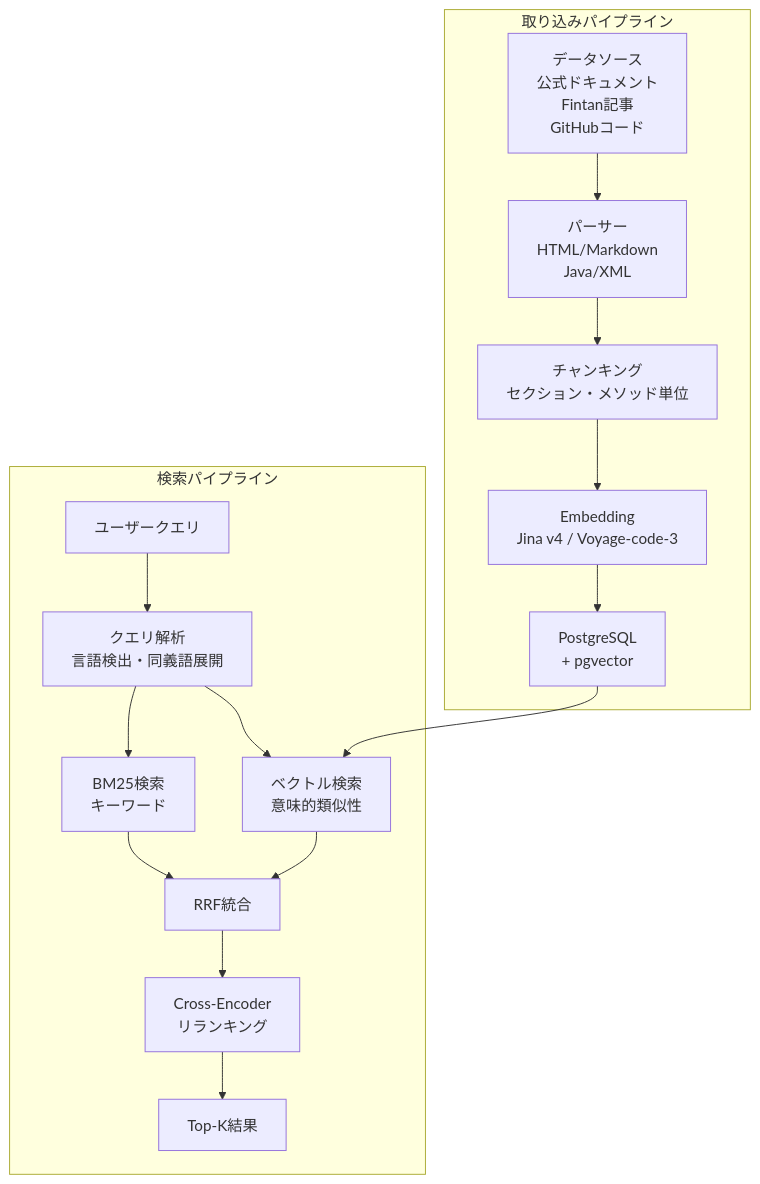
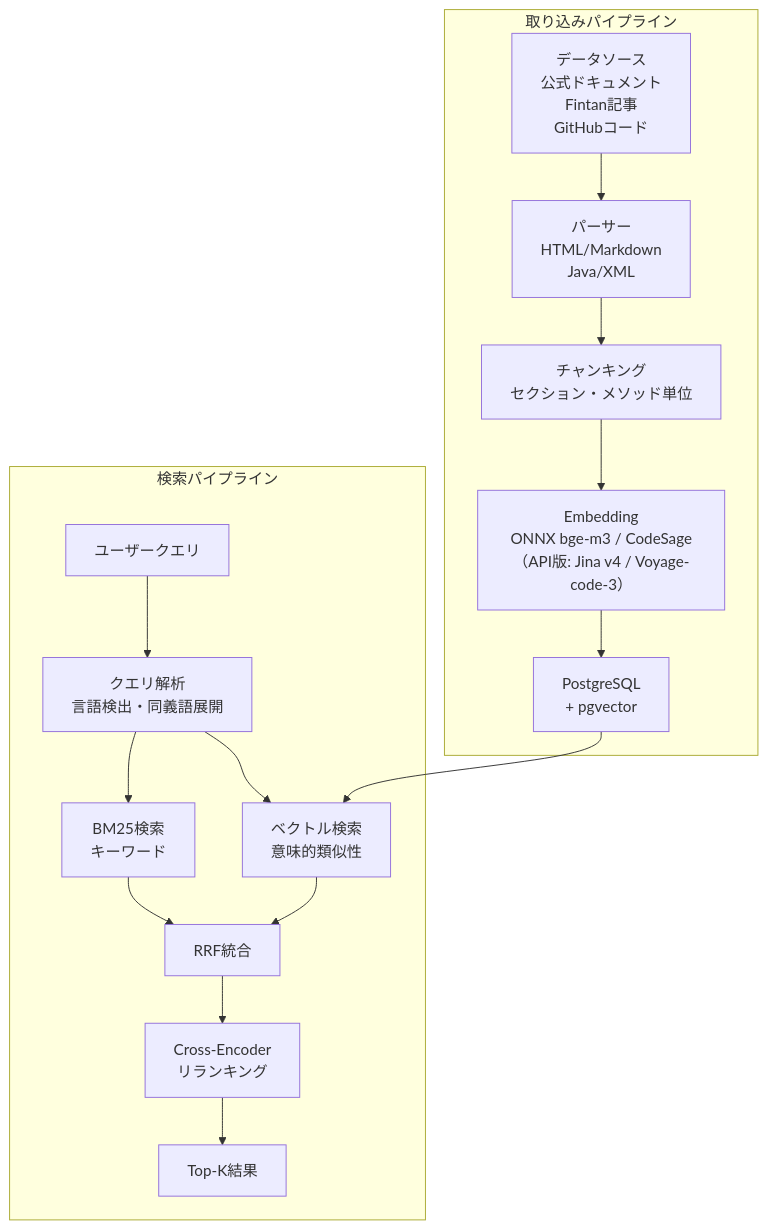
The fifth of 5 diagrams in docs/articles/07-rag-pipeline-deep-dive.md (kumagoro1202/nablarch-mcp-server), drawn with Mermaid before and after one commit. The commit also changed other lines of this file and 9 other files, not shown here.

````diff
--- a/docs/articles/07-rag-pipeline-deep-dive.md
+++ b/docs/articles/07-rag-pipeline-deep-dive.md
@@ -528,21 +526,21 @@
 ```mermaid
 graph TB
     subgraph Ingestion["取り込みパイプライン"]
         Source["データソース<br/>公式ドキュメント<br/>Fintan記事<br/>GitHubコード"] --> Parser["パーサー<br/>HTML/Markdown<br/>Java/XML"]
         Parser --> Chunking["チャンキング<br/>セクション・メソッド単位"]
-        Chunking --> Embedding["Embedding<br/>Jina v4 / Voyage-code-3"]
+        Chunking --> Embedding["Embedding<br/>ONNX bge-m3 / CodeSage<br/>（API版: Jina v4 / Voyage-code-3）"]
         Embedding --> DB["PostgreSQL<br/>+ pgvector"]
     end
 
     subgraph Search["検索パイプライン"]
         Query["ユーザークエリ"] --> Analysis["クエリ解析<br/>言語検出・同義語展開"]
         Analysis --> BM25["BM25検索<br/>キーワード"]
         Analysis --> Vector["ベクトル検索<br/>意味的類似性"]
         BM25 --> RRF["RRF統合"]
         Vector --> RRF
         RRF --> Rerank["Cross-Encoder<br/>リランキング"]
         Rerank --> Result["Top-K結果"]
     end
 
     DB --> Vector
 ```
````
